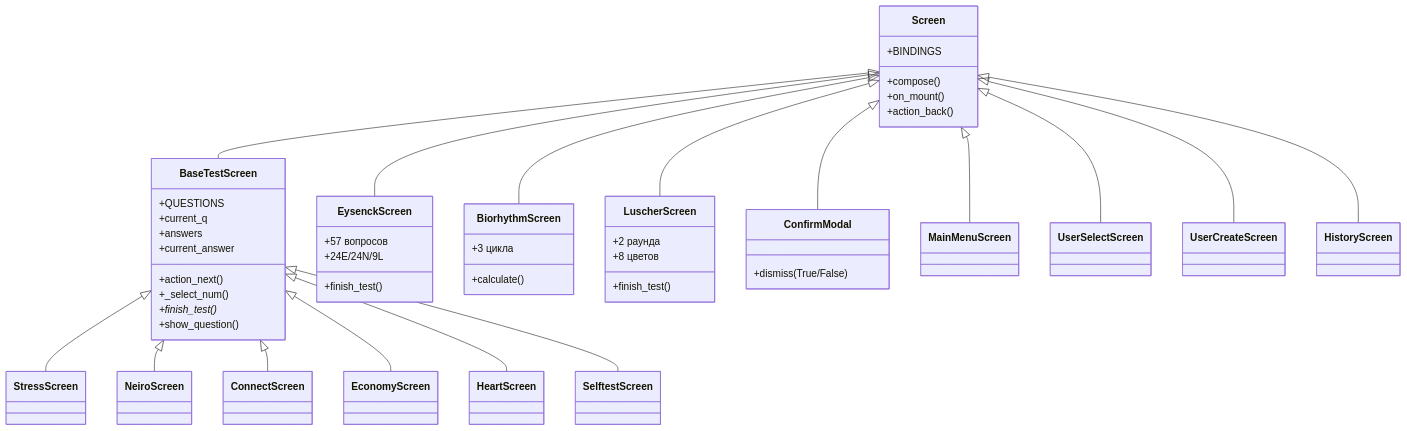
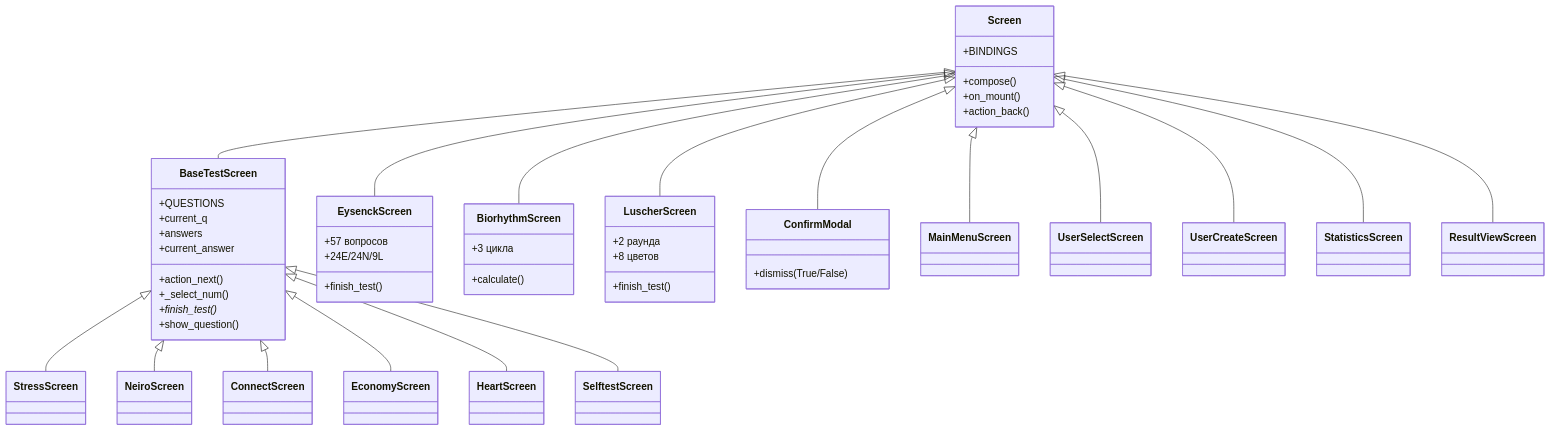
One commit to levpr1c/psychotests changed the fourth of 7 diagrams in docs/development.md. Above: the diagram before and after it, drawn with Mermaid. The commit also changed other lines of this file and 1 other file, not shown here.

````diff
--- a/docs/development.md
+++ b/docs/development.md
@@ -80,57 +84,58 @@
 ```mermaid
 classDiagram
     class Screen {
         +BINDINGS
         +compose()
         +on_mount()
         +action_back()
     }
 
     class BaseTestScreen {
         +QUESTIONS
         +current_q
         +answers
         +current_answer
         +action_next()
         +_select_num()
         +finish_test()*
         +show_question()
     }
 
     class EysenckScreen {
         +57 вопросов
         +24E/24N/9L
         +finish_test()
     }
 
     class BiorhythmScreen {
         +calculate()
         +3 цикла
     }
 
     class LuscherScreen {
         +2 раунда
         +8 цветов
         +finish_test()
     }
 
     class ConfirmModal {
         +dismiss(True/False)
     }
 
     Screen <|-- BaseTestScreen
     Screen <|-- EysenckScreen
     Screen <|-- BiorhythmScreen
     Screen <|-- LuscherScreen
     Screen <|-- ConfirmModal
     Screen <|-- MainMenuScreen
     Screen <|-- UserSelectScreen
     Screen <|-- UserCreateScreen
-    Screen <|-- HistoryScreen
+    Screen <|-- StatisticsScreen
+    Screen <|-- ResultViewScreen
     BaseTestScreen <|-- StressScreen
     BaseTestScreen <|-- NeiroScreen
     BaseTestScreen <|-- ConnectScreen
     BaseTestScreen <|-- EconomyScreen
     BaseTestScreen <|-- HeartScreen
     BaseTestScreen <|-- SelftestScreen
 ```
````
